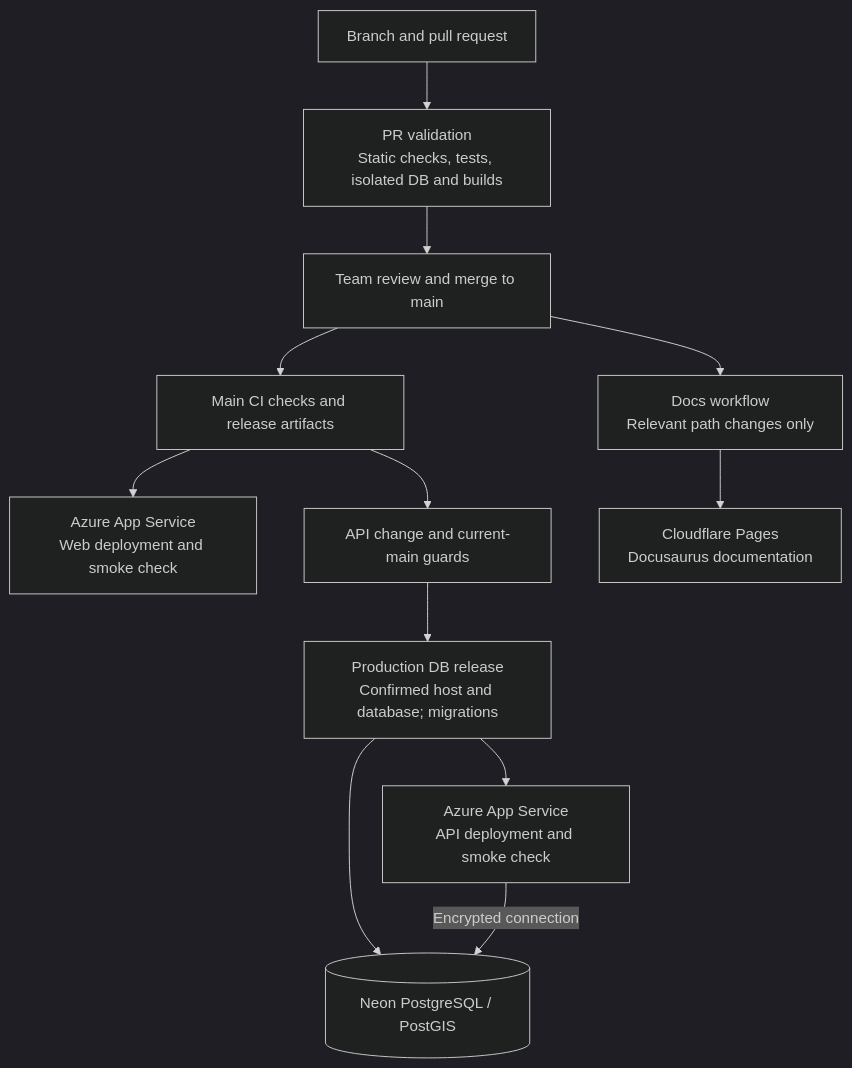
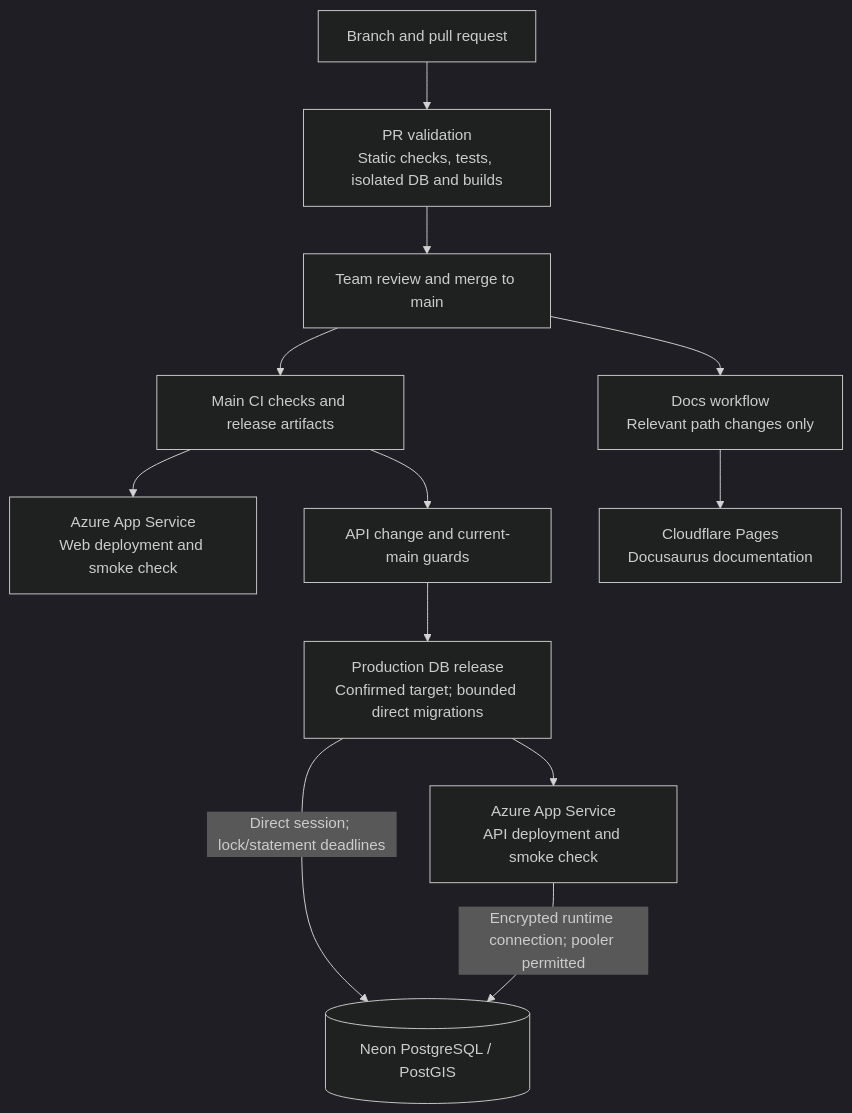
The diagram in docs/architecture/diagrams/deployment.md (Gradient-Ascenders/Wits-World), drawn with Mermaid (dark theme) before and after one commit. The commit also changed other lines of this file and 4 other files, not shown here.

First line of the commit message:
[docs] record Neon release recovery and safe idle rollout

````diff
--- a/docs/architecture/diagrams/deployment.md
+++ b/docs/architecture/diagrams/deployment.md
@@ -13,16 +13,16 @@
 ```mermaid
 flowchart TB
     accTitle: From pull request to production
     accDescr: Pull requests run checks before review and merge. Main CI deploys the web and API independently, releasing the guarded database before the API. A separate path-filtered workflow publishes documentation.
     PR["Branch and pull request"] --> Checks["PR validation<br/>Static checks, tests, isolated DB and builds"]
     Checks --> Review["Team review and merge to main"]
     Review --> Main["Main CI checks and release artifacts"]
     Review --> DocsBuild["Docs workflow<br/>Relevant path changes only"]
     Main --> Web["Azure App Service<br/>Web deployment and smoke check"]
     Main --> Guard["API change and current-main guards"]
-    Guard --> Release["Production DB release<br/>Confirmed host and database; migrations"]
-    Release --> DB[("Neon PostgreSQL / PostGIS")]
+    Guard --> Release["Production DB release<br/>Confirmed target; bounded direct migrations"]
+    Release -->|"Direct session; lock/statement deadlines"| DB[("Neon PostgreSQL / PostGIS")]
     Release --> API["Azure App Service<br/>API deployment and smoke check"]
-    API -->|"Encrypted connection"| DB
+    API -->|"Encrypted runtime connection; pooler permitted"| DB
     DocsBuild --> Docs["Cloudflare Pages<br/>Docusaurus documentation"]
 ```
````
